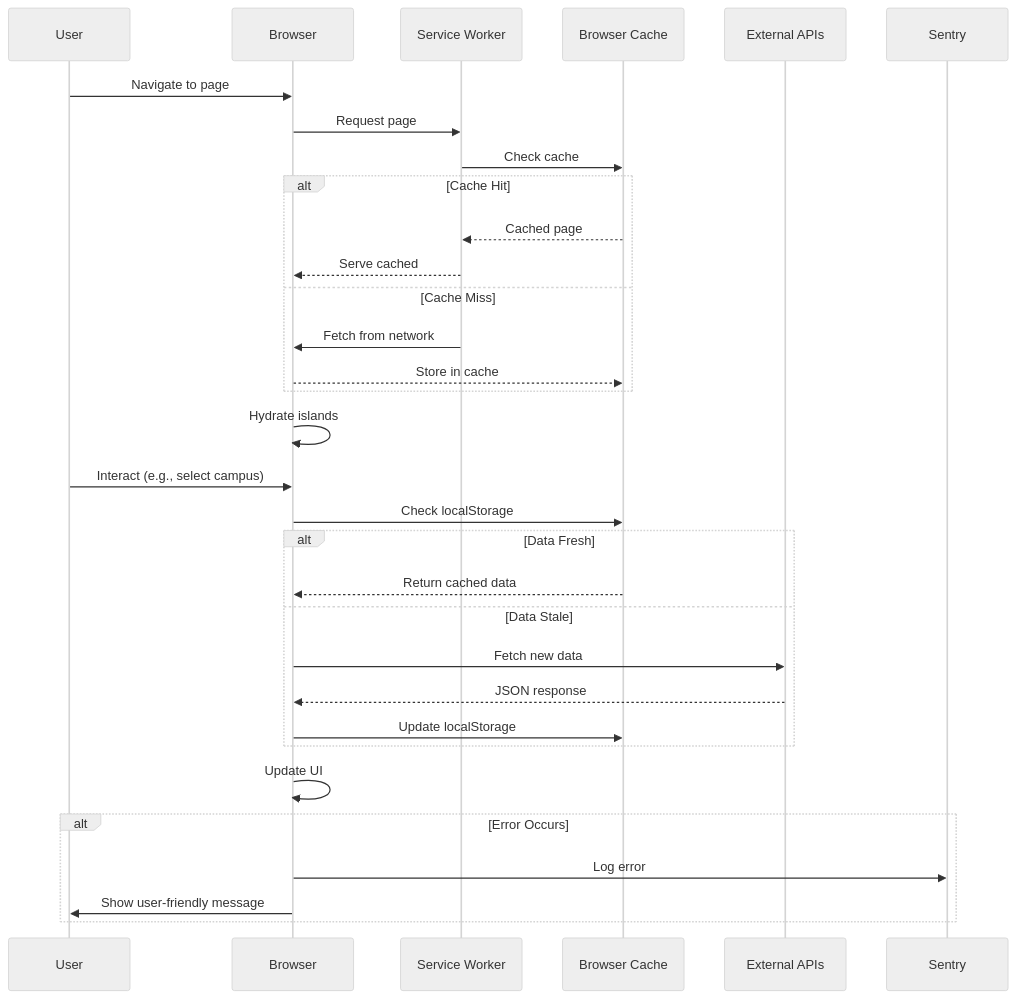
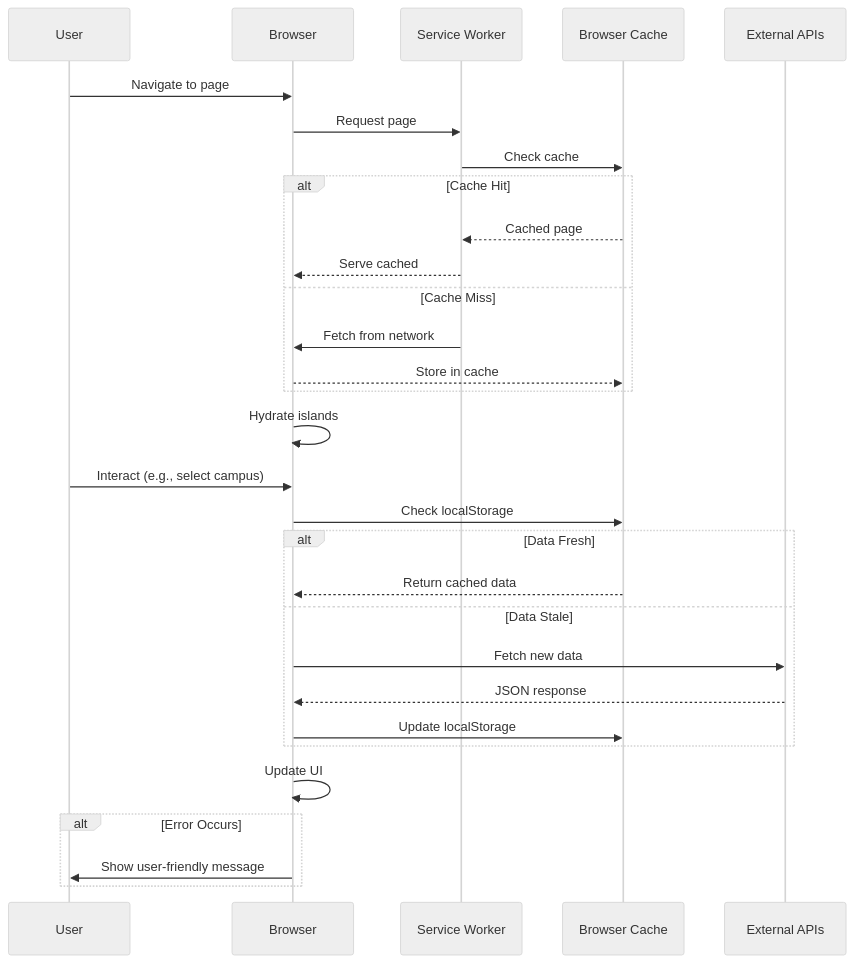
The fourth of 13 diagrams in ARCHITECTURE.md (IIUMstudent/Awesome-IIUM), drawn with Mermaid (neutral theme) before and after one commit. The commit also changed other lines of this file and 16 other files, not shown here.

````diff
--- a/ARCHITECTURE.md
+++ b/ARCHITECTURE.md
@@ -210,41 +207,39 @@
 ```mermaid
 sequenceDiagram
     participant User
     participant Browser
     participant SW as Service Worker
     participant Cache as Browser Cache
     participant API as External APIs
-    participant Sentry as Sentry
     
     User->>Browser: Navigate to page
     Browser->>SW: Request page
     SW->>Cache: Check cache
     
     alt Cache Hit
         Cache-->>SW: Cached page
         SW-->>Browser: Serve cached
     else Cache Miss
         SW->>Browser: Fetch from network
         Browser-->>Cache: Store in cache
     end
     
     Browser->>Browser: Hydrate islands
     
     User->>Browser: Interact (e.g., select campus)
     Browser->>Cache: Check localStorage
     
     alt Data Fresh
         Cache-->>Browser: Return cached data
     else Data Stale
         Browser->>API: Fetch new data
         API-->>Browser: JSON response
         Browser->>Cache: Update localStorage
     end
     
     Browser->>Browser: Update UI
     
     alt Error Occurs
-        Browser->>Sentry: Log error
         Browser->>User: Show user-friendly message
     end
 ```
````
